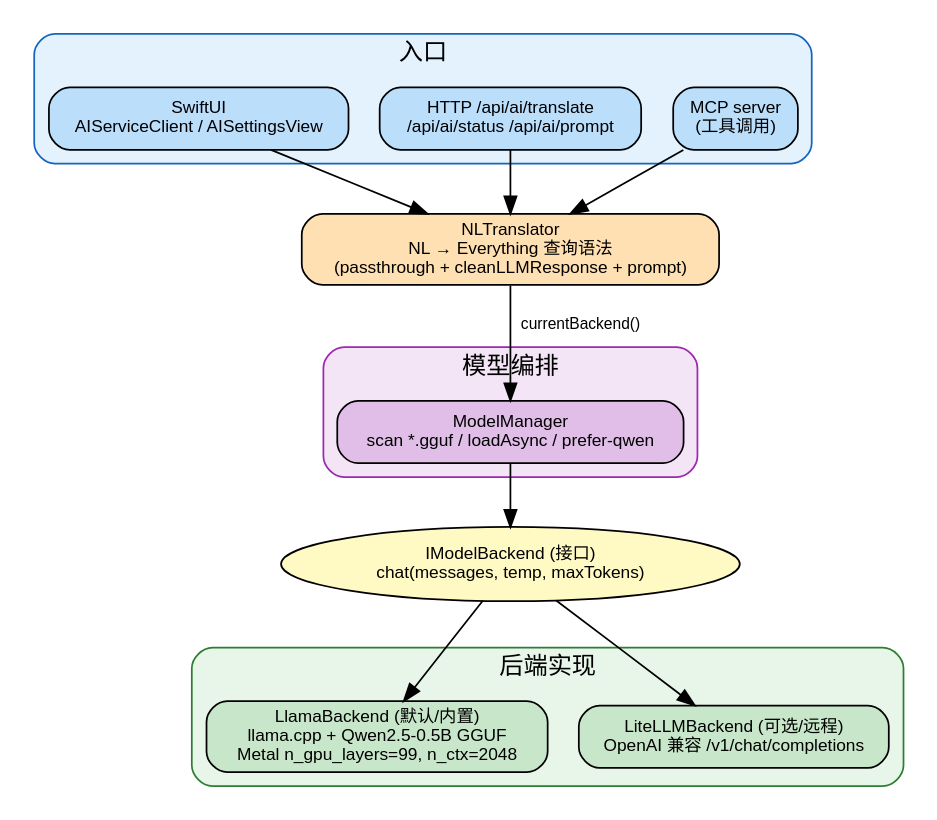
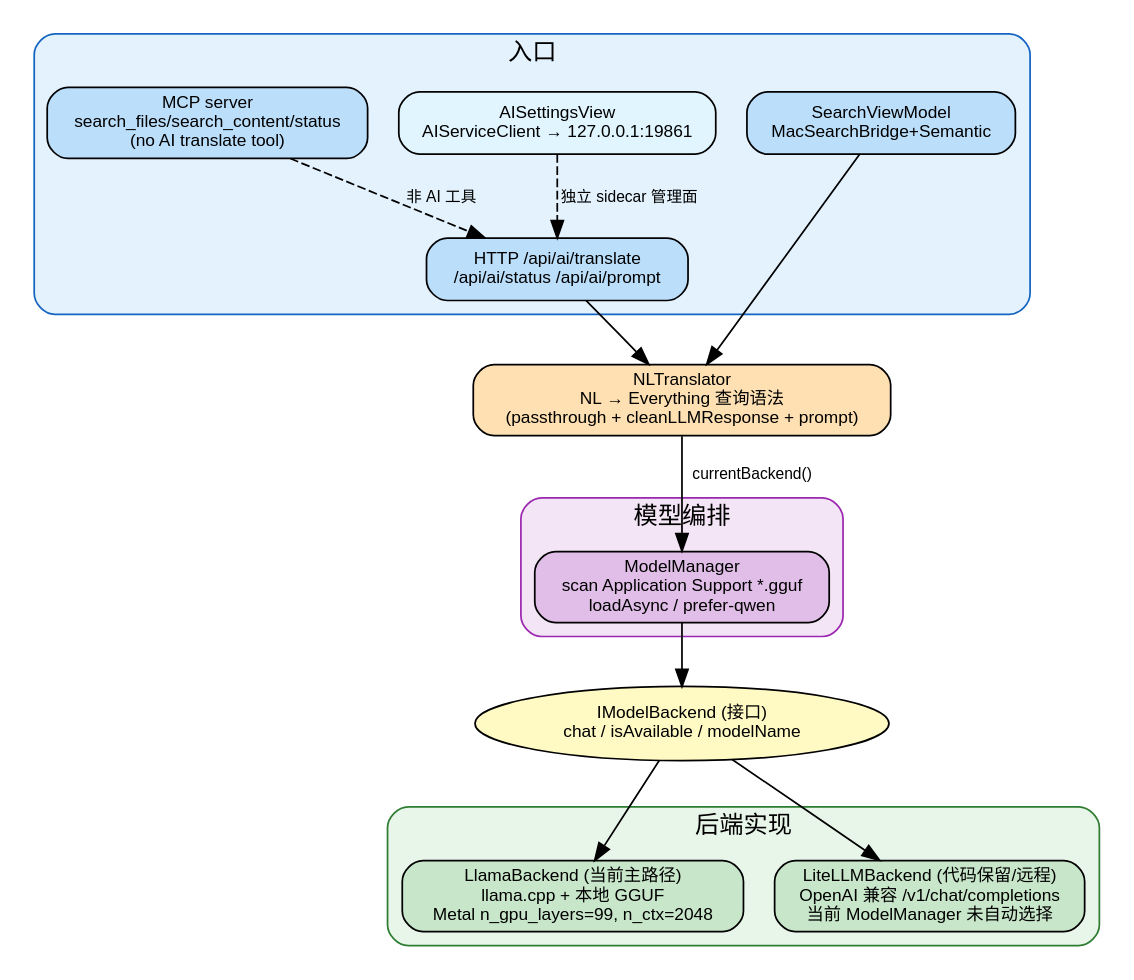
Diagram 13 of 14 in docs/tech_sharing_architecture_deep_dive.md (boerbin/MacEverything), drawn with Graphviz before and after one commit. The commit also changed other lines of this file and 12 other files, not shown here.

Commit message:
docs: add architecture subsystem documentation

````diff
--- a/docs/tech_sharing_architecture_deep_dive.md
+++ b/docs/tech_sharing_architecture_deep_dive.md
@@ -1200,39 +1210,42 @@
 ```dot
 // AI 自然语言搜索栈
 digraph ai_stack {
     rankdir=TB
     node [shape=box, style="filled,rounded", fontname="Helvetica", fontsize=10]
     edge [fontname="Helvetica", fontsize=9]
 
     subgraph cluster_ui {
         label="入口"
         style="filled,rounded"; color="#1565C0"; fillcolor="#E3F2FD"; fontname="Helvetica Bold"
-        Swift [label="SwiftUI\nAIServiceClient / AISettingsView", fillcolor="#BBDEFB"]
+        SwiftSearch [label="SearchViewModel\nMacSearchBridge+Semantic", fillcolor="#BBDEFB"]
         HTTP [label="HTTP /api/ai/translate\n/api/ai/status /api/ai/prompt", fillcolor="#BBDEFB"]
-        MCP [label="MCP server\n(工具调用)", fillcolor="#BBDEFB"]
+        AISettings [label="AISettingsView\nAIServiceClient → 127.0.0.1:19861", fillcolor="#E1F5FE"]
+        MCP [label="MCP server\nsearch_files/search_content/status\n(no AI translate tool)", fillcolor="#BBDEFB"]
     }
 
     NLT [label="NLTranslator\nNL → Everything 查询语法\n(passthrough + cleanLLMResponse + prompt)", fillcolor="#FFE0B2"]
 
     subgraph cluster_mgr {
         label="模型编排"
         style="filled,rounded"; color="#9C27B0"; fillcolor="#F3E5F5"; fontname="Helvetica Bold"
-        MM [label="ModelManager\nscan *.gguf / loadAsync / prefer-qwen", fillcolor="#E1BEE7"]
+        MM [label="ModelManager\nscan Application Support *.gguf\nloadAsync / prefer-qwen", fillcolor="#E1BEE7"]
     }
 
-    IBackend [label="IModelBackend (接口)\nchat(messages, temp, maxTokens)", shape=ellipse, fillcolor="#FFF9C4", style=filled]
+    IBackend [label="IModelBackend (接口)\nchat / isAvailable / modelName", shape=ellipse, fillcolor="#FFF9C4", style=filled]
 
     subgraph cluster_backend {
         label="后端实现"
         style="filled,rounded"; color="#2E7D32"; fillcolor="#E8F5E9"; fontname="Helvetica Bold"
-        Llama [label="LlamaBackend (默认/内置)\nllama.cpp + Qwen2.5-0.5B GGUF\nMetal n_gpu_layers=99, n_ctx=2048", fillcolor="#C8E6C9"]
-        Lite [label="LiteLLMBackend (可选/远程)\nOpenAI 兼容 /v1/chat/completions", fillcolor="#C8E6C9"]
+        Llama [label="LlamaBackend (当前主路径)\nllama.cpp + 本地 GGUF\nMetal n_gpu_layers=99, n_ctx=2048", fillcolor="#C8E6C9"]
+        Lite [label="LiteLLMBackend (代码保留/远程)\nOpenAI 兼容 /v1/chat/completions\n当前 ModelManager 未自动选择", fillcolor="#C8E6C9"]
     }
 
-    {Swift HTTP MCP} -> NLT
+    {SwiftSearch HTTP} -> NLT
+    AISettings -> HTTP [style=dashed, label="独立 sidecar 管理面"]
+    MCP -> HTTP [style=dashed, label="非 AI 工具"]
     NLT -> MM [label="currentBackend()"]
     MM -> IBackend
     IBackend -> Llama
     IBackend -> Lite
 }
 ```
````
